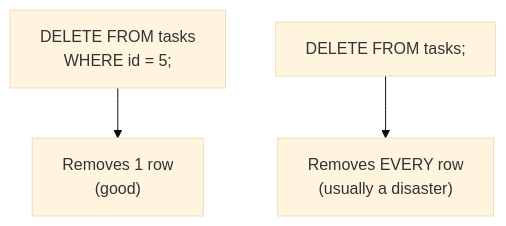
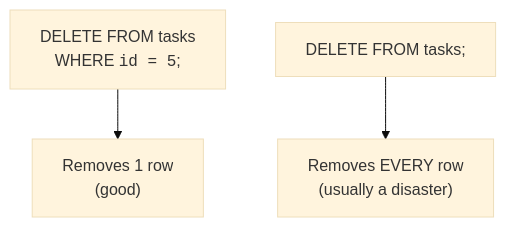
The second of 2 diagrams in content/learn/intro-sql-postgres/inserting-data.mdx (dataslope/dataslope), drawn with Mermaid (base theme) before and after one commit. The commit also changed 100 other files, not shown here.

First line of the commit message:
Wrap more code in diagram labels: filenames, hex, assignments, subgraph titles

````diff
--- a/content/learn/intro-sql-postgres/inserting-data.mdx
+++ b/content/learn/intro-sql-postgres/inserting-data.mdx
@@ -136,5 +136,5 @@
 ```mermaid
 flowchart TB
-    D1["DELETE FROM tasks<br/>WHERE id = 5;"] --> R1["Removes 1 row<br/>(good)"]
+    D1["DELETE FROM tasks<br/>WHERE <code>id = 5</code>;"] --> R1["Removes 1 row<br/>(good)"]
     D2["DELETE FROM tasks;"] --> R2["Removes EVERY row<br/>(usually a disaster)"]
 ```
````
